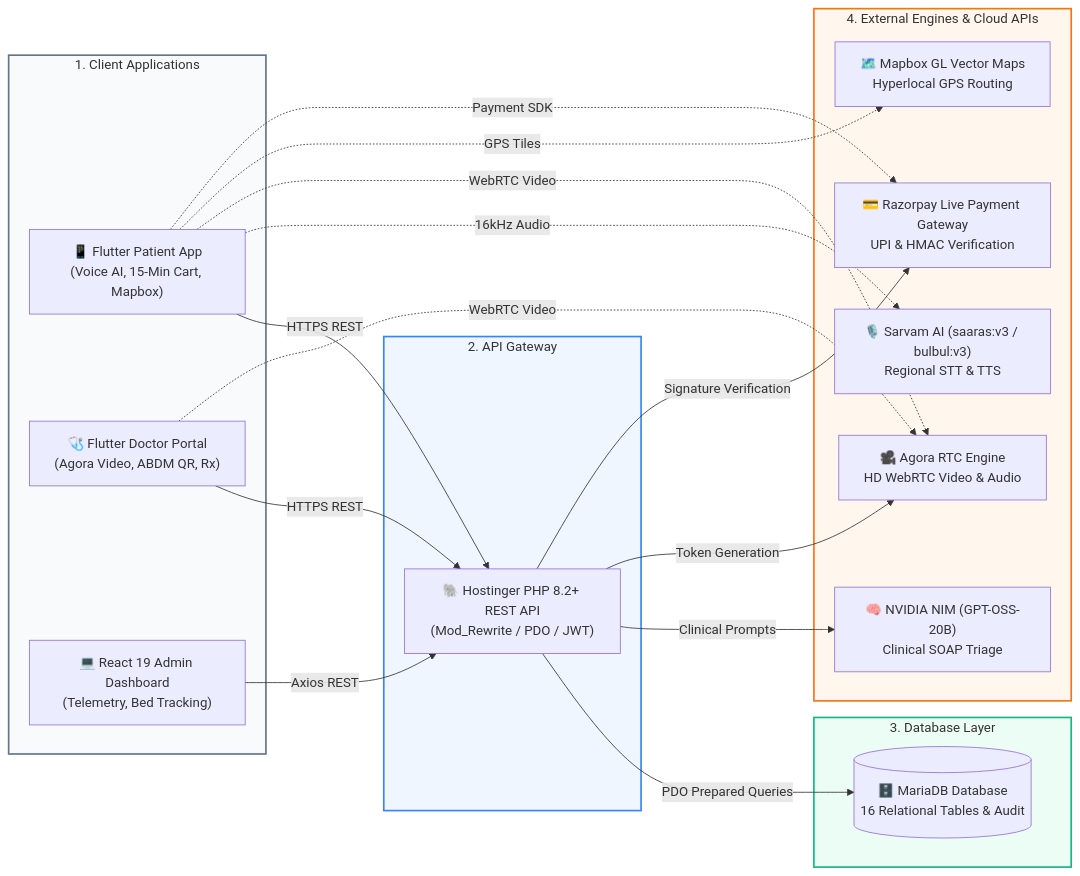
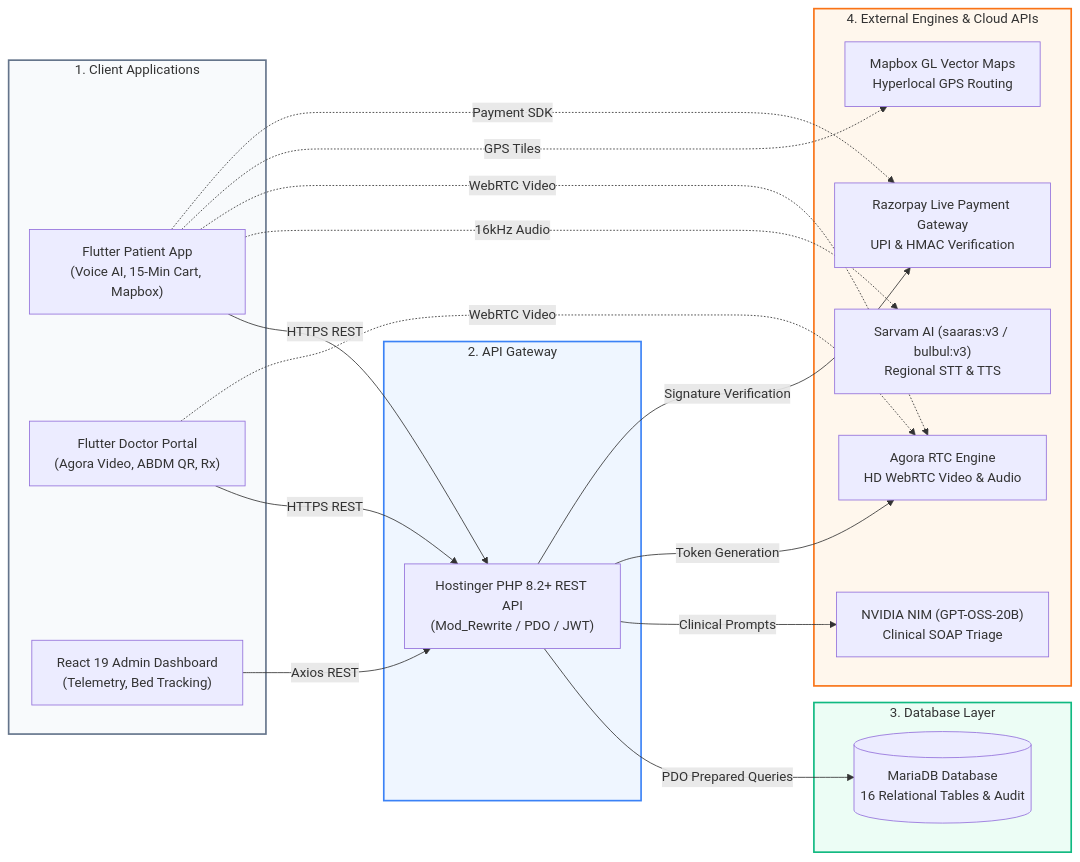
One commit to pavanstarkin-tech/healthyxpress_medha changed the second of 11 diagrams in README.md. Above: the diagram before and after it, drawn with Mermaid. The commit also changed other lines of this file, not shown here.

````diff
--- a/README.md
+++ b/README.md
@@ -163,45 +163,45 @@
 ```mermaid
 graph LR
     subgraph ClientLayer["1. Client Applications"]
-        PatientApp["📱 Flutter Patient App<br/>(Voice AI, 15-Min Cart, Mapbox)"]
-        DoctorApp["🩺 Flutter Doctor Portal<br/>(Agora Video, ABDM QR, Rx)"]
-        AdminApp["💻 React 19 Admin Dashboard<br/>(Telemetry, Bed Tracking)"]
+        PatientApp["Flutter Patient App<br/>(Voice AI, 15-Min Cart, Mapbox)"]
+        DoctorApp["Flutter Doctor Portal<br/>(Agora Video, ABDM QR, Rx)"]
+        AdminApp["React 19 Admin Dashboard<br/>(Telemetry, Bed Tracking)"]
     end
 
     subgraph APILayer["2. API Gateway"]
-        PHPBackend["🐘 Hostinger PHP 8.2+ REST API<br/>(Mod_Rewrite / PDO / JWT)"]
+        PHPBackend["Hostinger PHP 8.2+ REST API<br/>(Mod_Rewrite / PDO / JWT)"]
     end
 
     subgraph DatabaseLayer["3. Database Layer"]
-        LiveDB[("🗄️ MariaDB Database<br/>16 Relational Tables & Audit")]
+        LiveDB[("MariaDB Database<br/>16 Relational Tables & Audit")]
     end
 
     subgraph CloudServices["4. External Engines & Cloud APIs"]
-        SarvamAI["🎙️ Sarvam AI (saaras:v3 / bulbul:v3)<br/>Regional STT & TTS"]
-        NvidiaNIM["🧠 NVIDIA NIM (GPT-OSS-20B)<br/>Clinical SOAP Triage"]
-        AgoraRTC["🎥 Agora RTC Engine<br/>HD WebRTC Video & Audio"]
-        MapboxGL["🗺️ Mapbox GL Vector Maps<br/>Hyperlocal GPS Routing"]
-        RazorpayGW["💳 Razorpay Live Payment Gateway<br/>UPI & HMAC Verification"]
+        SarvamAI["Sarvam AI (saaras:v3 / bulbul:v3)<br/>Regional STT & TTS"]
+        NvidiaNIM["NVIDIA NIM (GPT-OSS-20B)<br/>Clinical SOAP Triage"]
+        AgoraRTC["Agora RTC Engine<br/>HD WebRTC Video & Audio"]
+        MapboxGL["Mapbox GL Vector Maps<br/>Hyperlocal GPS Routing"]
+        RazorpayGW["Razorpay Live Payment Gateway<br/>UPI & HMAC Verification"]
     end
 
     PatientApp -->|HTTPS REST| PHPBackend
     DoctorApp -->|HTTPS REST| PHPBackend
     AdminApp -->|Axios REST| PHPBackend
 
     PatientApp -.->|16kHz Audio| SarvamAI
     PatientApp -.->|WebRTC Video| AgoraRTC
     PatientApp -.->|GPS Tiles| MapboxGL
     PatientApp -.->|Payment SDK| RazorpayGW
 
     DoctorApp -.->|WebRTC Video| AgoraRTC
 
     PHPBackend -->|PDO Prepared Queries| LiveDB
     PHPBackend -->|Clinical Prompts| NvidiaNIM
     PHPBackend -->|Token Generation| AgoraRTC
     PHPBackend -->|Signature Verification| RazorpayGW
 
     style ClientLayer fill:#F8FAFC,stroke:#64748B,stroke-width:2px
     style APILayer fill:#EFF6FF,stroke:#3B82F6,stroke-width:2px
     style DatabaseLayer fill:#ECFDF5,stroke:#10B981,stroke-width:2px
     style CloudServices fill:#FFF7ED,stroke:#F97316,stroke-width:2px
 ```
````
